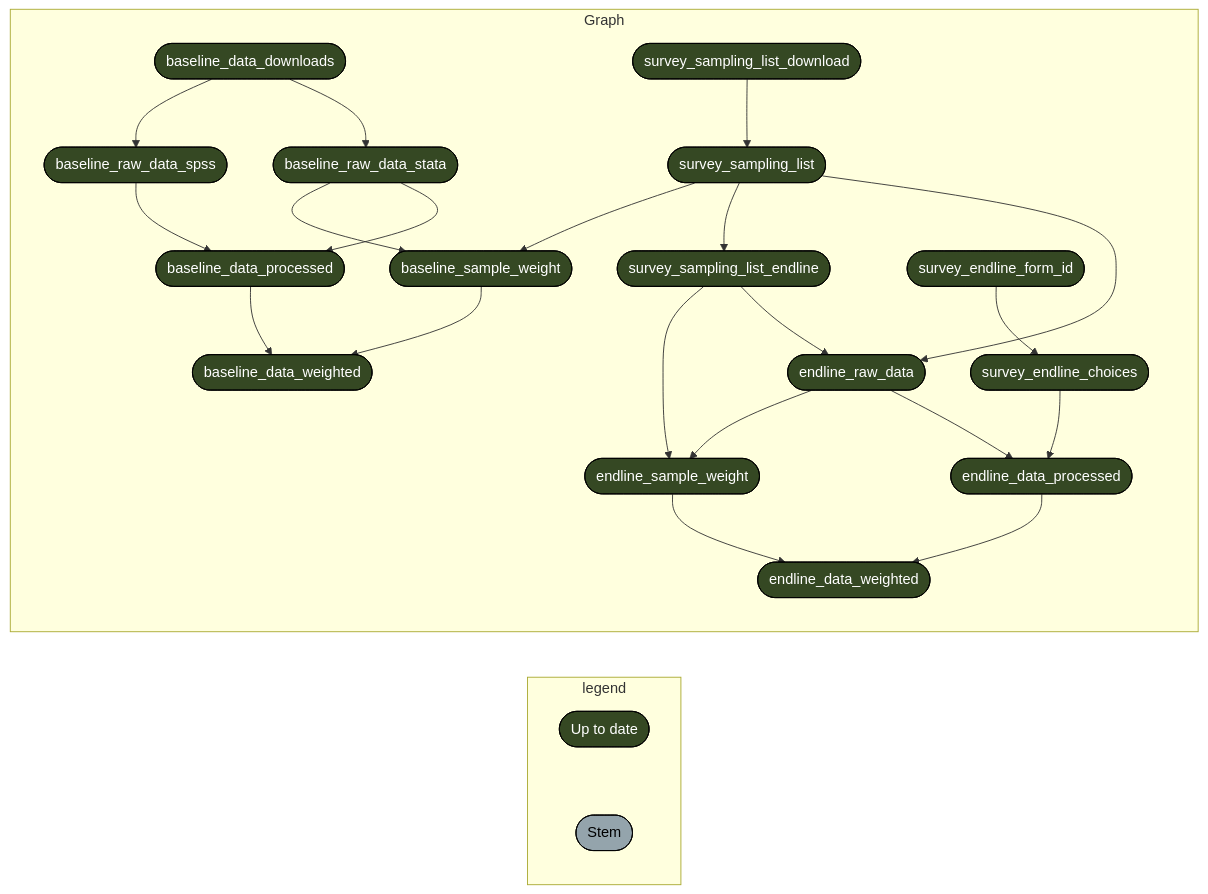
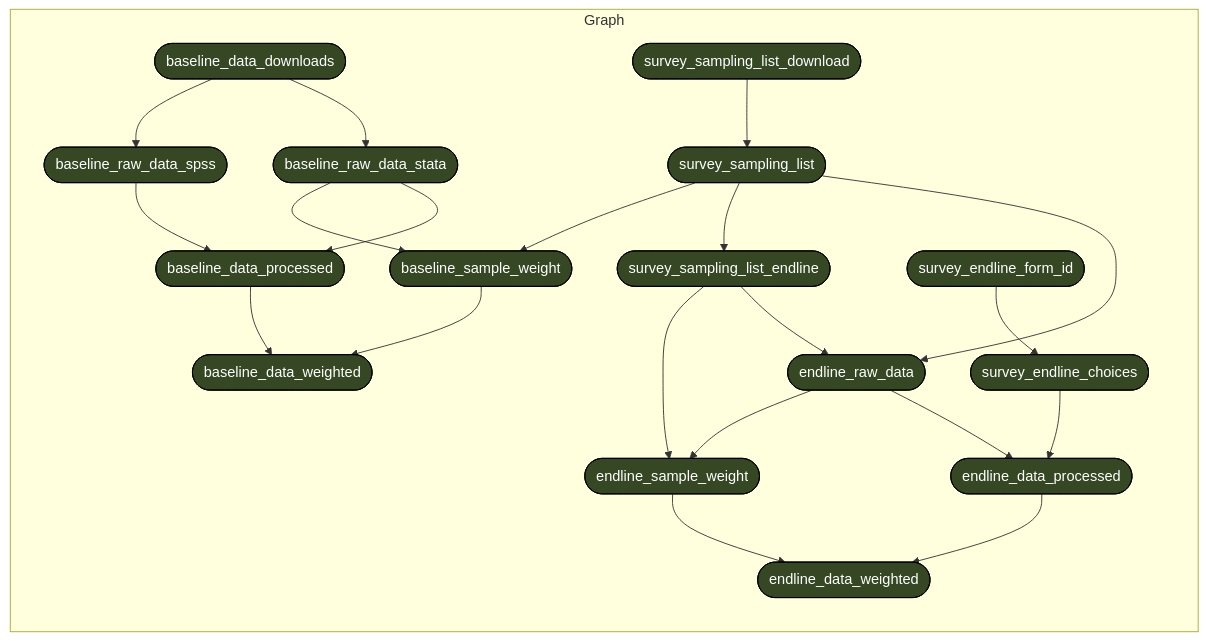
Before and after one commit to katilingban/zambezia-nampula-survey: the first of 2 diagrams in README.md, drawn with Mermaid. The commit also changed other lines of this file and 1 other file, not shown here.

````diff
--- a/README.md
+++ b/README.md
@@ -81,30 +81,26 @@
 ``` mermaid
 graph LR
-  subgraph legend
-    x7420bd9270f8d27d([""Up to date""]):::uptodate --- xbf4603d6c2c2ad6b([""Stem""]):::none
-  end
   subgraph Graph
     xaa8b198e46c12205(["baseline_data_downloads"]):::uptodate --> x34303849e9b0482a(["baseline_raw_data_spss"]):::uptodate
     x3292f12efa6fc224(["endline_raw_data"]):::uptodate --> x9fee25520ed83a1a(["endline_sample_weight"]):::uptodate
     xa54f854256062899(["survey_sampling_list_endline"]):::uptodate --> x9fee25520ed83a1a(["endline_sample_weight"]):::uptodate
     x8c16f11d9b877f97(["endline_data_processed"]):::uptodate --> x1a4d1d913b004605(["endline_data_weighted"]):::uptodate
     x9fee25520ed83a1a(["endline_sample_weight"]):::uptodate --> x1a4d1d913b004605(["endline_data_weighted"]):::uptodate
     xcbf2ec7505f9fcf3(["baseline_raw_data_stata"]):::uptodate --> xaa47d78bda713fd1(["baseline_sample_weight"]):::uptodate
     x500c8b308ead6406(["survey_sampling_list"]):::uptodate --> xaa47d78bda713fd1(["baseline_sample_weight"]):::uptodate
     x500c8b308ead6406(["survey_sampling_list"]):::uptodate --> xa54f854256062899(["survey_sampling_list_endline"]):::uptodate
     xaa8b198e46c12205(["baseline_data_downloads"]):::uptodate --> xcbf2ec7505f9fcf3(["baseline_raw_data_stata"]):::uptodate
     x3292f12efa6fc224(["endline_raw_data"]):::uptodate --> x8c16f11d9b877f97(["endline_data_processed"]):::uptodate
     xb093acd1bf068c99(["survey_endline_choices"]):::uptodate --> x8c16f11d9b877f97(["endline_data_processed"]):::uptodate
     x34303849e9b0482a(["baseline_raw_data_spss"]):::uptodate --> x3fb2eec55e3093c2(["baseline_data_processed"]):::uptodate
     xcbf2ec7505f9fcf3(["baseline_raw_data_stata"]):::uptodate --> x3fb2eec55e3093c2(["baseline_data_processed"]):::uptodate
     x13d5233859395ad9(["survey_endline_form_id"]):::uptodate --> xb093acd1bf068c99(["survey_endline_choices"]):::uptodate
     x3fb2eec55e3093c2(["baseline_data_processed"]):::uptodate --> xcbc9dbd4b57c3d95(["baseline_data_weighted"]):::uptodate
     xaa47d78bda713fd1(["baseline_sample_weight"]):::uptodate --> xcbc9dbd4b57c3d95(["baseline_data_weighted"]):::uptodate
     x2ada552bbfadb16c(["survey_sampling_list_download"]):::uptodate --> x500c8b308ead6406(["survey_sampling_list"]):::uptodate
     x500c8b308ead6406(["survey_sampling_list"]):::uptodate --> x3292f12efa6fc224(["endline_raw_data"]):::uptodate
     xa54f854256062899(["survey_sampling_list_endline"]):::uptodate --> x3292f12efa6fc224(["endline_raw_data"]):::uptodate
   end
   classDef uptodate stroke:#000000,color:#ffffff,fill:#354823;
   classDef none stroke:#000000,color:#000000,fill:#94a4ac;
-  linkStyle 0 stroke-width:0px;
 ```
````
